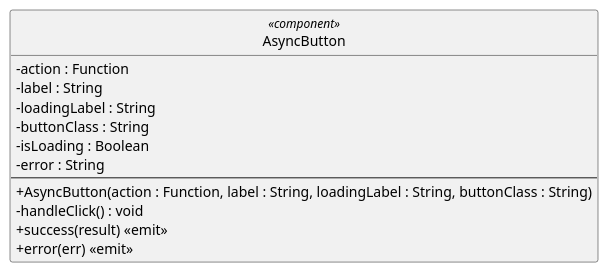
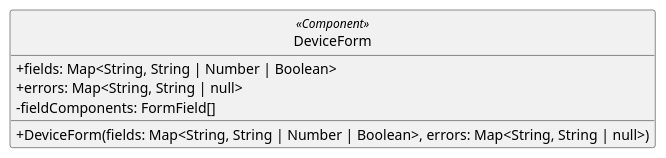
Before and after one commit to GroupRubberDuck/Documentazione: the diagram in src/PB/DocumentazioneEsterna/Specifica_Tecnica/content/05-diagrammi-classi/uml/puml/Frontend/componenti_base/DeviceForm.puml, drawn with PlantUML. The commit also changed 30 other files, not shown here.

```diff
--- a/src/PB/DocumentazioneEsterna/Specifica_Tecnica/content/05-diagrammi-classi/uml/puml/Frontend/componenti_base/DeviceForm.puml
+++ b/src/PB/DocumentazioneEsterna/Specifica_Tecnica/content/05-diagrammi-classi/uml/puml/Frontend/componenti_base/DeviceForm.puml
@@ -1,23 +1,16 @@
 @startuml
 skinparam linetype ortho
 skinparam nodesep 80
 skinparam ranksep 100
 skinparam classAttributeIconSize 0
 skinparam packageStyle rectangle
 skinparam style strictuml
 
-class AsyncButton <<component>> {
-  - action : Function
-  - label : String
-  - loadingLabel : String
-  - buttonClass : String
-  - isLoading : Boolean
-  - error : String
-  --
-  + AsyncButton(action : Function, label : String, loadingLabel : String, buttonClass : String)
-  - handleClick() : void
-  + success(result) <<emit>>
-  + error(err) <<emit>>
+class DeviceForm <<Component>> {
+  + fields: Map<String, String | Number | Boolean>
+  + errors: Map<String, String | null>
+  - fieldComponents: FormField[]
+  
+  + DeviceForm(fields: Map<String, String | Number | Boolean>, errors: Map<String, String | null>)
 }
-
 @enduml
```
